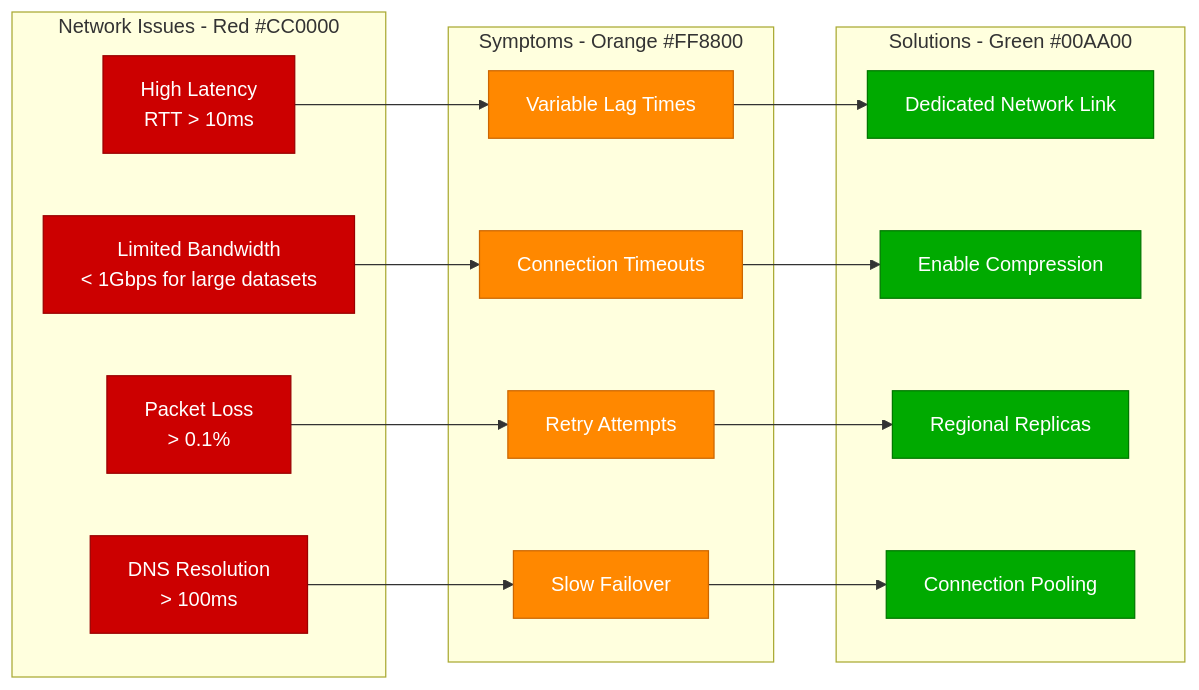
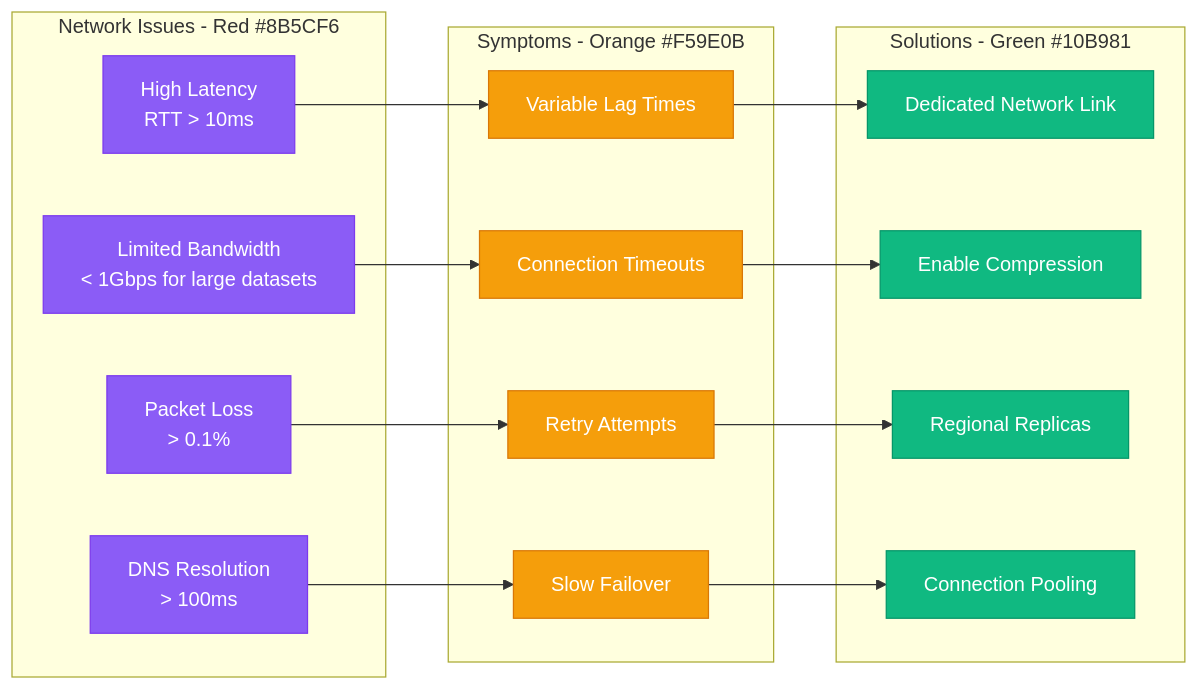
One commit to deepaucksharma/DS changed the second of 4 diagrams in site/docs/debugging/database-replication-lag-debugging.md. Above: the diagram before and after it, drawn with Mermaid. The commit also changed other lines of this file and 187 other files, not shown here.

````diff
--- a/site/docs/debugging/database-replication-lag-debugging.md
+++ b/site/docs/debugging/database-replication-lag-debugging.md
@@ -285,41 +285,41 @@
 ```mermaid
 graph LR
-    subgraph NetworkIssues[Network Issues - Red #CC0000]
+    subgraph NetworkIssues[Network Issues - Red #8B5CF6]
         LATENCY[High Latency<br/>RTT > 10ms]
         BANDWIDTH[Limited Bandwidth<br/>< 1Gbps for large datasets]
         PACKET_LOSS[Packet Loss<br/>> 0.1%]
         DNS_DELAY[DNS Resolution<br/>> 100ms]
     end
 
-    subgraph Symptoms[Symptoms - Orange #FF8800]
+    subgraph Symptoms[Symptoms - Orange #F59E0B]
         VARIABLE_LAG[Variable Lag Times]
         TIMEOUT_ERRORS[Connection Timeouts]
         RETRY_STORMS[Retry Attempts]
         SLOW_RECOVERY[Slow Failover]
     end
 
-    subgraph Solutions[Solutions - Green #00AA00]
+    subgraph Solutions[Solutions - Green #10B981]
         DEDICATED_LINK[Dedicated Network Link]
         COMPRESSION[Enable Compression]
         REGIONAL_REPLICAS[Regional Replicas]
         CONNECTION_POOLING[Connection Pooling]
     end
 
     LATENCY --> VARIABLE_LAG
     BANDWIDTH --> TIMEOUT_ERRORS
     PACKET_LOSS --> RETRY_STORMS
     DNS_DELAY --> SLOW_RECOVERY
 
     VARIABLE_LAG --> DEDICATED_LINK
     TIMEOUT_ERRORS --> COMPRESSION
     RETRY_STORMS --> REGIONAL_REPLICAS
     SLOW_RECOVERY --> CONNECTION_POOLING
 
-    classDef networkStyle fill:#CC0000,stroke:#990000,color:#fff
-    classDef symptomStyle fill:#FF8800,stroke:#CC6600,color:#fff
-    classDef solutionStyle fill:#00AA00,stroke:#007700,color:#fff
+    classDef networkStyle fill:#8B5CF6,stroke:#7C3AED,color:#fff
+    classDef symptomStyle fill:#F59E0B,stroke:#D97706,color:#fff
+    classDef solutionStyle fill:#10B981,stroke:#059669,color:#fff
 
     class LATENCY,BANDWIDTH,PACKET_LOSS,DNS_DELAY networkStyle
     class VARIABLE_LAG,TIMEOUT_ERRORS,RETRY_STORMS,SLOW_RECOVERY symptomStyle
     class DEDICATED_LINK,COMPRESSION,REGIONAL_REPLICAS,CONNECTION_POOLING solutionStyle
 ```
````
